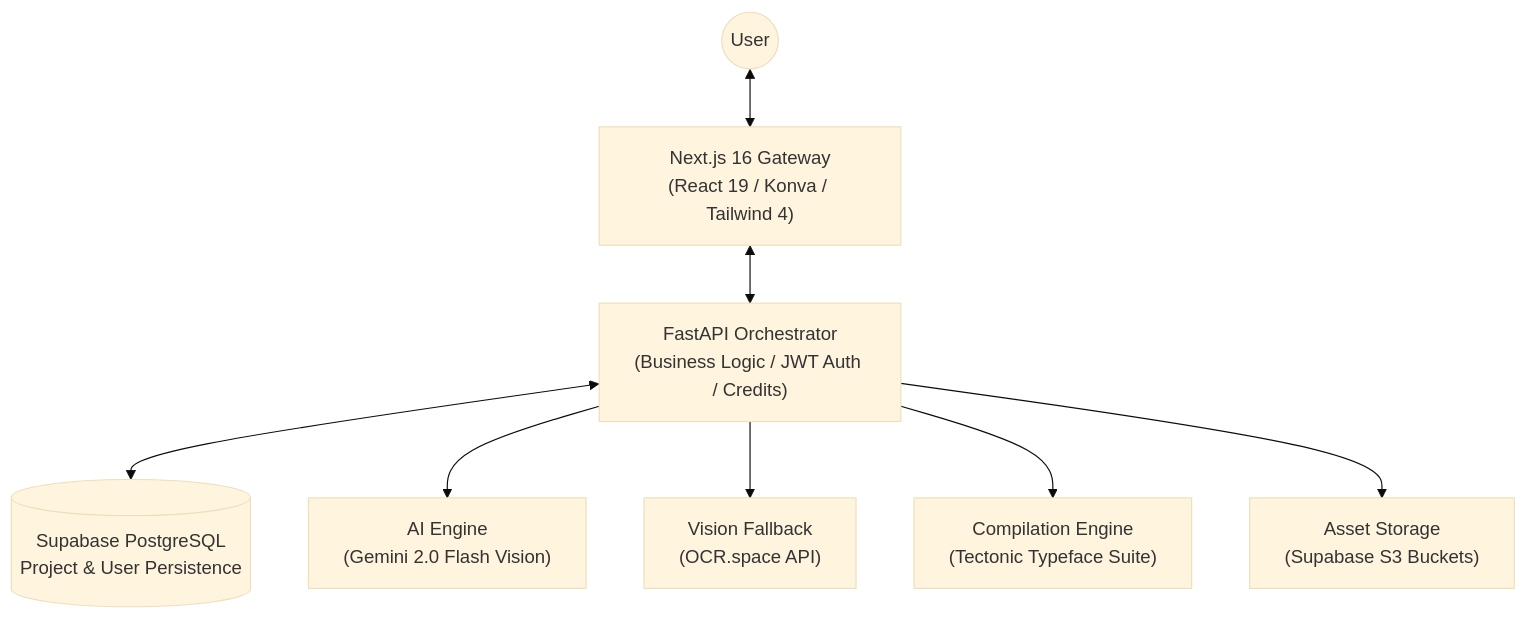
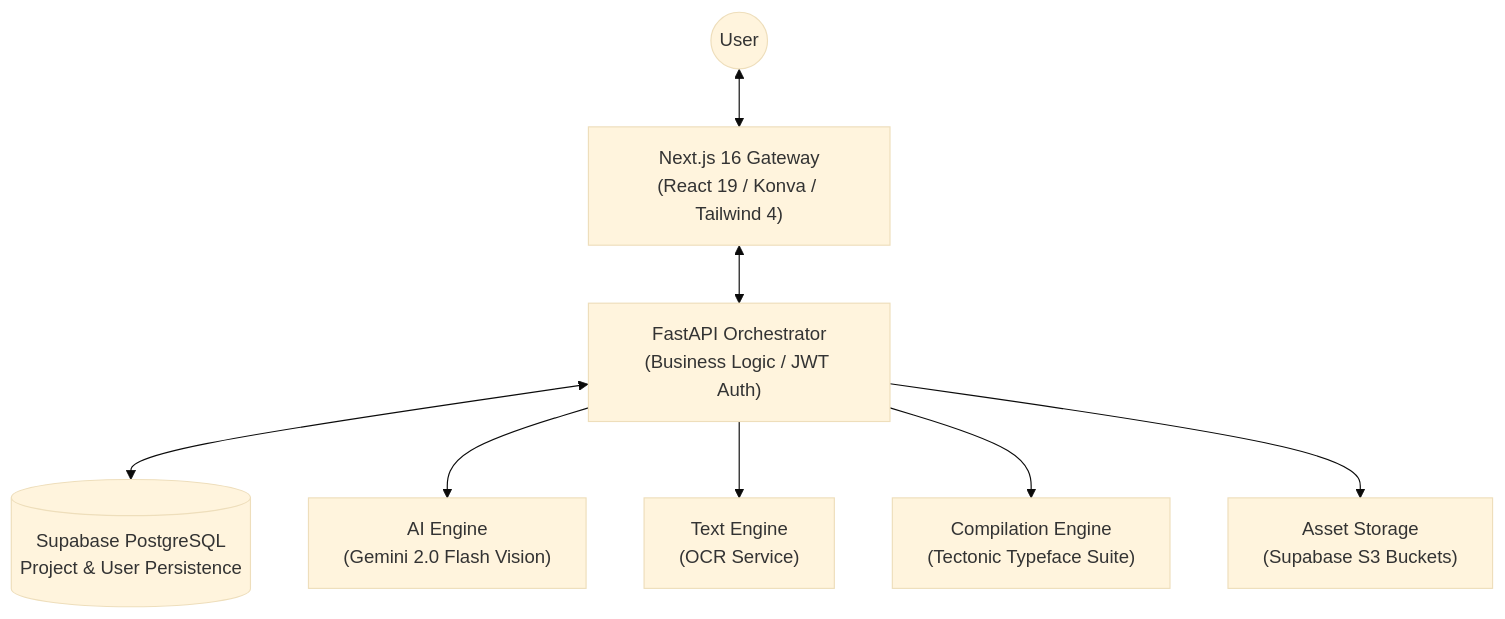
One commit to Mehedi26696/Tizkit changed the first of 2 diagrams in README.md. Above: the diagram before and after it, drawn with Mermaid (base theme). The commit also changed other lines of this file, not shown here.

````diff
--- a/README.md
+++ b/README.md
@@ -19,19 +21,19 @@
 ```mermaid
 graph TD
     %% User Tier
     User((User)) <--> Frontend["Next.js 16 Gateway<br/>(React 19 / Konva / Tailwind 4)"]
 
     %% Logic Tier
-    Frontend <--> Backend["FastAPI Orchestrator<br/>(Business Logic / JWT Auth / Credits)"]
+    Frontend <--> Backend["FastAPI Orchestrator<br/>(Business Logic / JWT Auth)"]
 
     %% Data Tier
     Backend <--> DB[(Supabase PostgreSQL<br/>Project & User Persistence)]
 
     %% Service Tier
     Backend --> Gemini["AI Engine<br/>(Gemini 2.0 Flash Vision)"]
-    Backend --> OCR["Vision Fallback<br/>(OCR.space API)"]
+    Backend --> OCR["Text Engine<br/>(OCR Service)"]
     Backend --> Tectonic["Compilation Engine<br/>(Tectonic Typeface Suite)"]
     
     %% Asset Tier
     Backend --> Files["Asset Storage<br/>(Supabase S3 Buckets)"]
 ```
````
